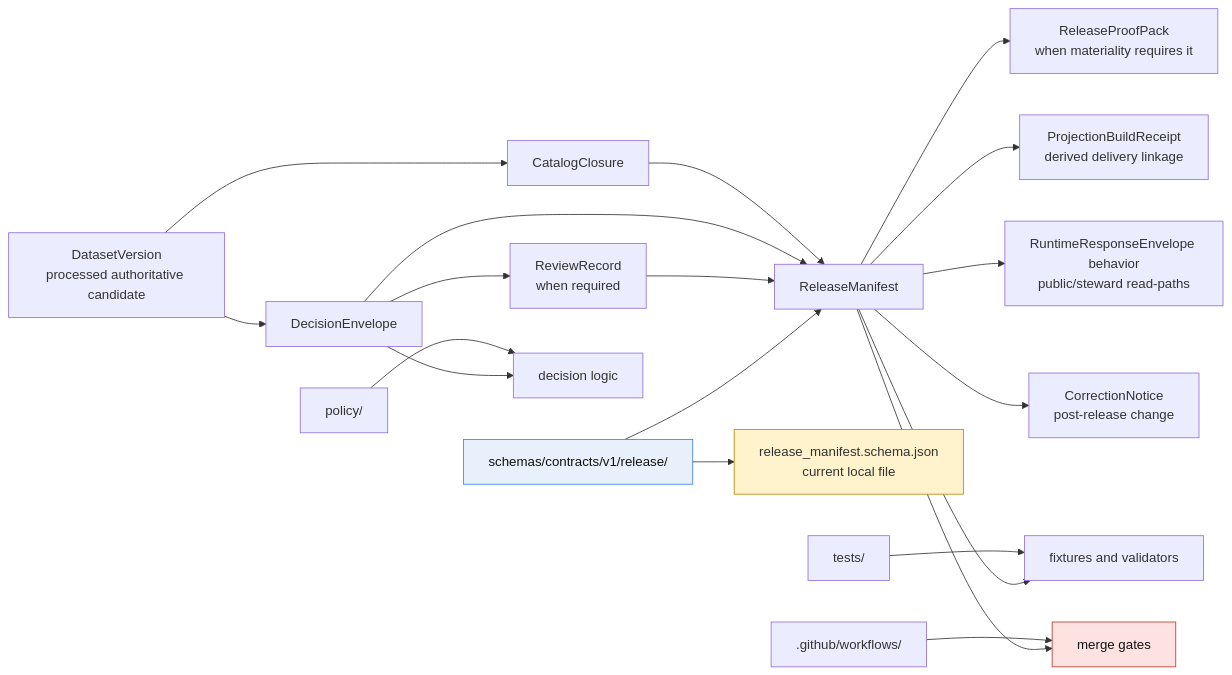
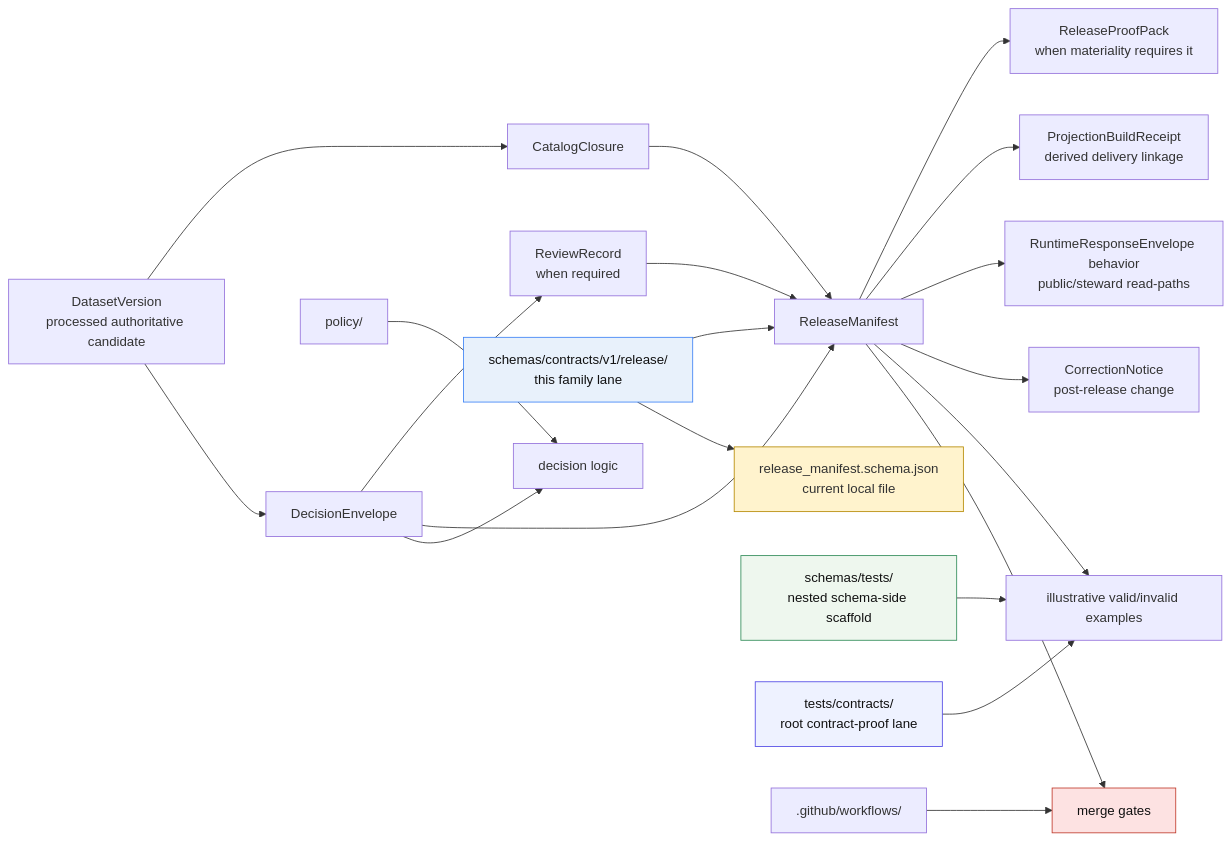
One commit to bartytime4life/Kansas-Frontier-Matrix changed the diagram in schemas/contracts/v1/release/README.md. Above: the diagram before and after it, drawn with Mermaid. The commit also changed other lines of this file, not shown here.

First line of the commit message:
Revise README.md for release contracts clarity

````diff
--- a/schemas/contracts/v1/release/README.md
+++ b/schemas/contracts/v1/release/README.md
@@ -248,30 +295,33 @@
 ```mermaid
 flowchart LR
     A[DatasetVersion<br/>processed authoritative candidate] --> B[CatalogClosure]
     A --> C[DecisionEnvelope]
     C --> D[ReviewRecord<br/>when required]
 
     B --> E[ReleaseManifest]
     C --> E
     D --> E
 
     E --> F[ReleaseProofPack<br/>when materiality requires it]
     E --> G[ProjectionBuildReceipt<br/>derived delivery linkage]
     E --> H[RuntimeResponseEnvelope behavior<br/>public/steward read-paths]
     E --> I[CorrectionNotice<br/>post-release change]
 
-    J[schemas/contracts/v1/release/] --> E
+    J[schemas/contracts/v1/release/<br/>this family lane] --> E
     J --> K[release_manifest.schema.json<br/>current local file]
 
-    L[tests/] --> M[fixtures and validators]
+    S[schemas/tests/<br/>nested schema-side scaffold] --> M[illustrative valid/invalid examples]
+    T[tests/contracts/<br/>root contract-proof lane] --> M
     N[policy/] --> O[decision logic]
     P[.github/workflows/] --> Q[merge gates]
 
     E --> M
     C --> O
     E --> Q
 
     style J fill:#e8f1fb,stroke:#3b82f6,color:#111
     style K fill:#fff3cd,stroke:#b58900,color:#333
+    style S fill:#eef7ee,stroke:#2e8b57,color:#111
+    style T fill:#eef2ff,stroke:#4f46e5,color:#111
     style Q fill:#fde2e2,stroke:#c0392b,color:#111
 ```
````
